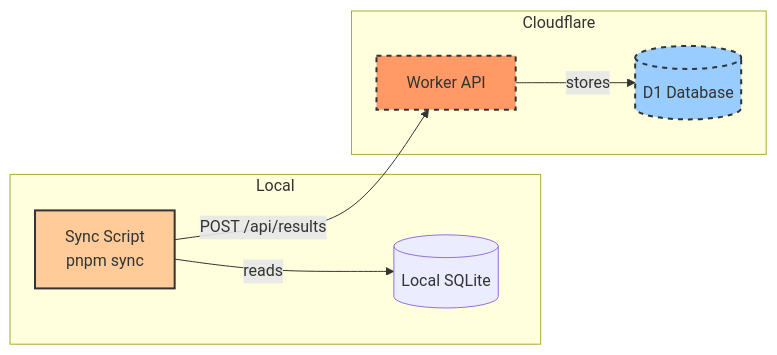
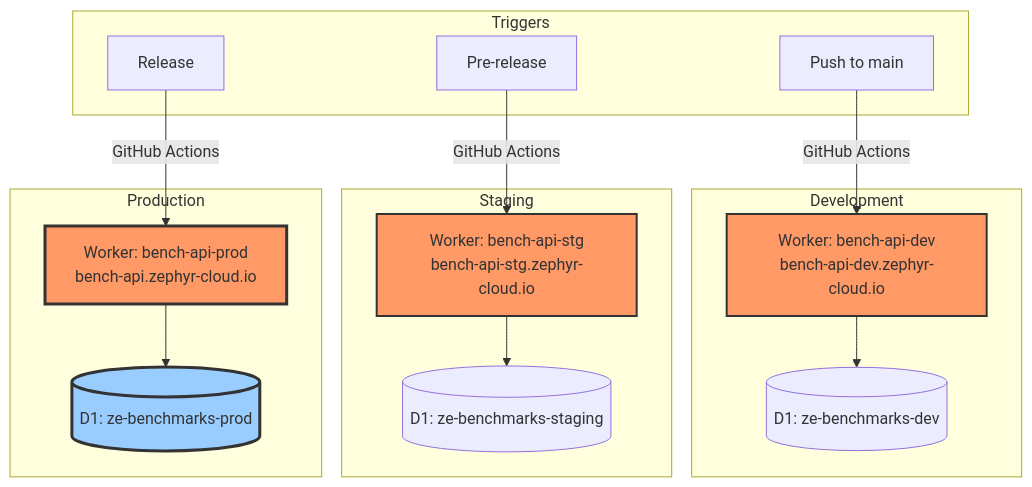
The sixth of 19 diagrams in ARCHITECTURE.md (ZephyrCloudIO/ze-benchmarks), drawn with Mermaid before and after one commit. The commit also changed other lines of this file and 15 other files, not shown here.

````diff
--- a/ARCHITECTURE.md
+++ b/ARCHITECTURE.md
@@ -240,20 +267,36 @@
 ```mermaid
-graph LR
-    subgraph "Local"
-        DB[(Local SQLite)]
-        SYNC[Sync Script<br/>pnpm sync]
+graph TB
+    subgraph "Development"
+        DEVWORKER[Worker: bench-api-dev<br/>bench-api-dev.zephyr-cloud.io]
+        DEVD1[(D1: ze-benchmarks-dev)]
     end
 
-    subgraph "Cloudflare"
-        WORKER[Worker API]
-        D1[(D1 Database)]
+    subgraph "Staging"
+        STGWORKER[Worker: bench-api-stg<br/>bench-api-stg.zephyr-cloud.io]
+        STGD1[(D1: ze-benchmarks-staging)]
     end
 
-    SYNC -->|reads| DB
-    SYNC -->|POST /api/results| WORKER
-    WORKER -->|stores| D1
+    subgraph "Production"
+        PRODWORKER[Worker: bench-api-prod<br/>bench-api.zephyr-cloud.io]
+        PRODD1[(D1: ze-benchmarks-prod)]
+    end
 
-    style SYNC fill:#fc9,stroke:#333,stroke-width:2px
-    style WORKER fill:#f96,stroke:#333,stroke-width:2px,stroke-dasharray: 5 5
-    style D1 fill:#9cf,stroke:#333,stroke-width:2px,stroke-dasharray: 5 5
+    subgraph "Triggers"
+        MAINPUSH[Push to main]
+        PRERELEASE[Pre-release]
+        RELEASE[Release]
+    end
+
+    MAINPUSH -->|GitHub Actions| DEVWORKER
+    PRERELEASE -->|GitHub Actions| STGWORKER
+    RELEASE -->|GitHub Actions| PRODWORKER
+
+    DEVWORKER --> DEVD1
+    STGWORKER --> STGD1
+    PRODWORKER --> PRODD1
+
+    style DEVWORKER fill:#f96,stroke:#333,stroke-width:2px
+    style STGWORKER fill:#f96,stroke:#333,stroke-width:2px
+    style PRODWORKER fill:#f96,stroke:#333,stroke-width:3px
+    style PRODD1 fill:#9cf,stroke:#333,stroke-width:3px
 ```
````
